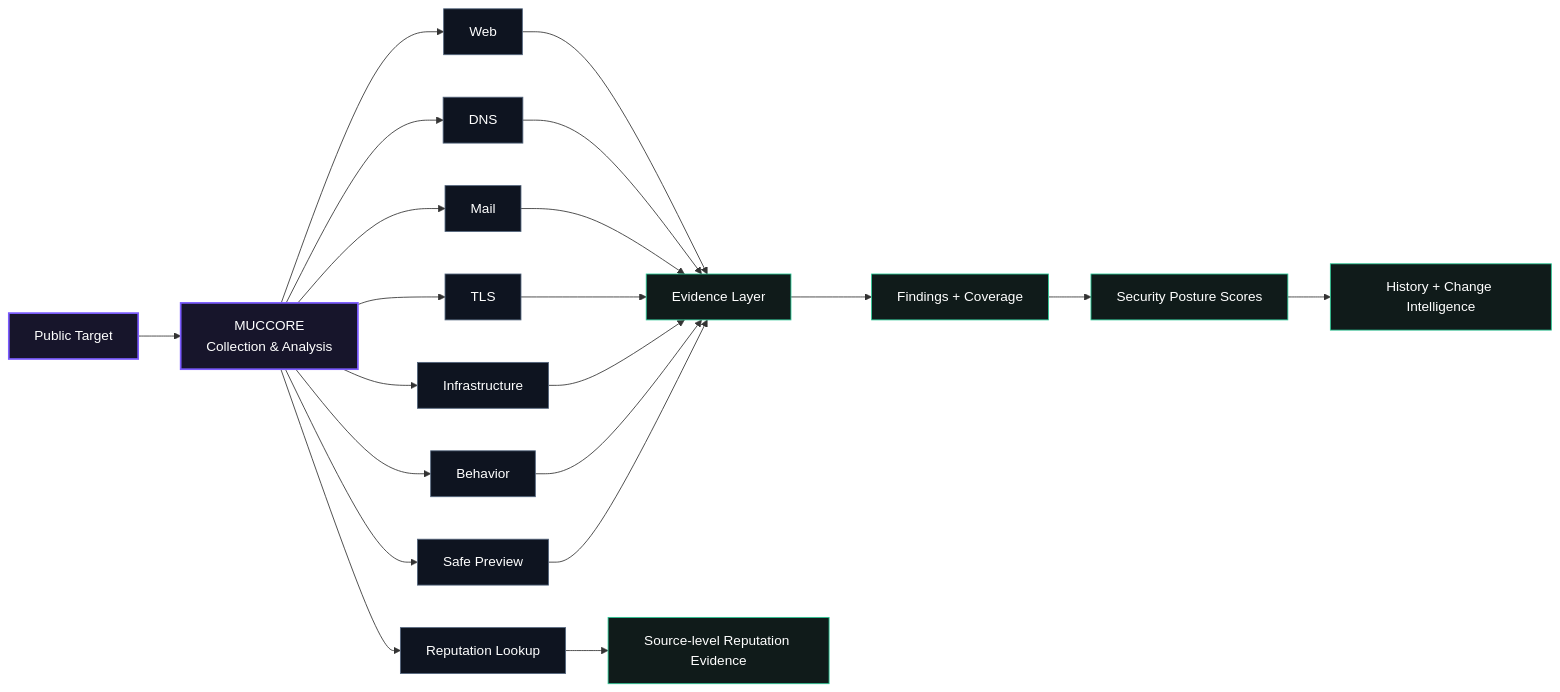
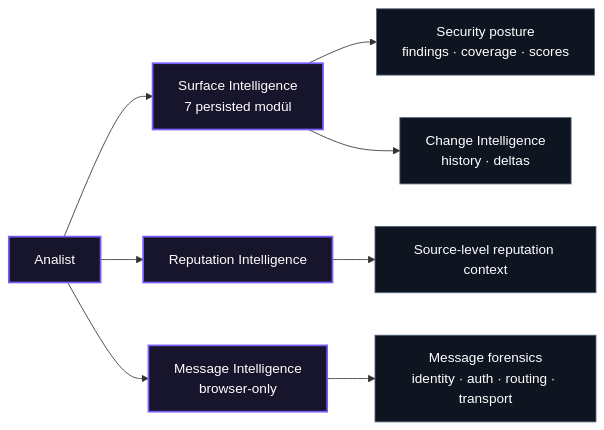
The first of 2 diagrams in README.tr.md (mchdIron/muccore-internet-passport), drawn with Mermaid before and after one commit. The commit also changed other lines of this file, not shown here.

Commit message:
Refresh product documentation for current MUCCORE architecture

````diff
--- a/README.tr.md
+++ b/README.tr.md
@@ -48,32 +85,16 @@
 ```mermaid
 flowchart LR
-    T["Public Target"] --> C["MUCCORE<br/>Collection & Analysis"]
-    C --> W["Web"]
-    C --> D["DNS"]
-    C --> M["Mail"]
-    C --> L["TLS"]
-    C --> I["Infrastructure"]
-    C --> B["Behavior"]
-    C --> P["Safe Preview"]
-    C --> R["Reputation Lookup"]
+    A["Analist"] --> S["Surface Intelligence<br/>7 persisted modül"]
+    A --> R["Reputation Intelligence"]
+    A --> M["Message Intelligence<br/>browser-only"]
 
-    W --> E["Evidence Layer"]
-    D --> E
-    M --> E
-    L --> E
-    I --> E
-    B --> E
-    P --> E
+    S --> P["Security posture<br/>findings · coverage · scores"]
+    S --> C["Change Intelligence<br/>history · deltas"]
+    R --> RI["Source-level reputation context"]
+    M --> MF["Message forensics<br/>identity · auth · routing · transport"]
 
-    E --> F["Findings + Coverage"]
-    F --> S["Security Posture Scores"]
-    S --> H["History + Change Intelligence"]
-    R --> RI["Source-level Reputation Evidence"]
-
-    classDef core fill:#17152b,stroke:#7c5cff,color:#fff,stroke-width:2px;
-    classDef module fill:#0e1420,stroke:#53657d,color:#fff;
-    classDef evidence fill:#101b1a,stroke:#29c995,color:#fff;
-    class T,C core;
-    class W,D,M,L,I,B,P,R module;
-    class E,F,S,H,RI evidence;
+    classDef primary fill:#17152b,stroke:#7c5cff,color:#fff,stroke-width:2px;
+    classDef secondary fill:#0e1420,stroke:#53657d,color:#fff;
+    class A,S,R,M primary;
+    class P,C,RI,MF secondary;
 ```
````
